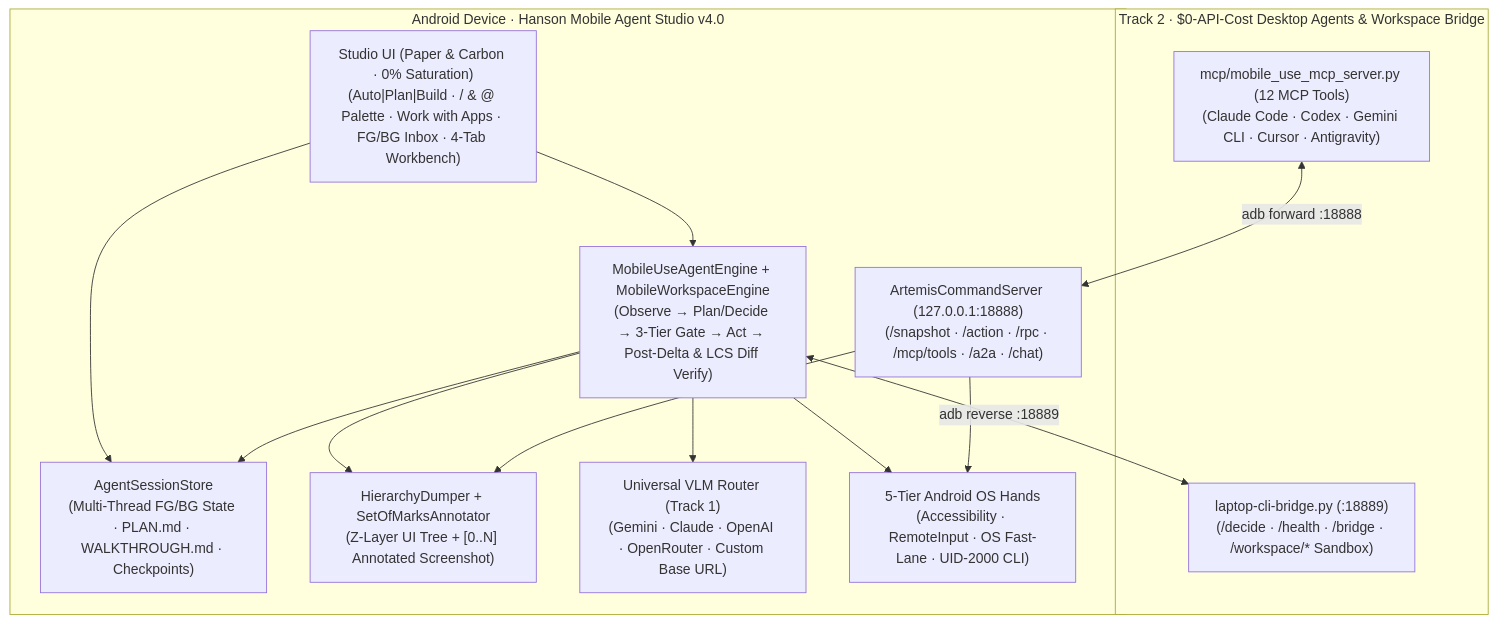
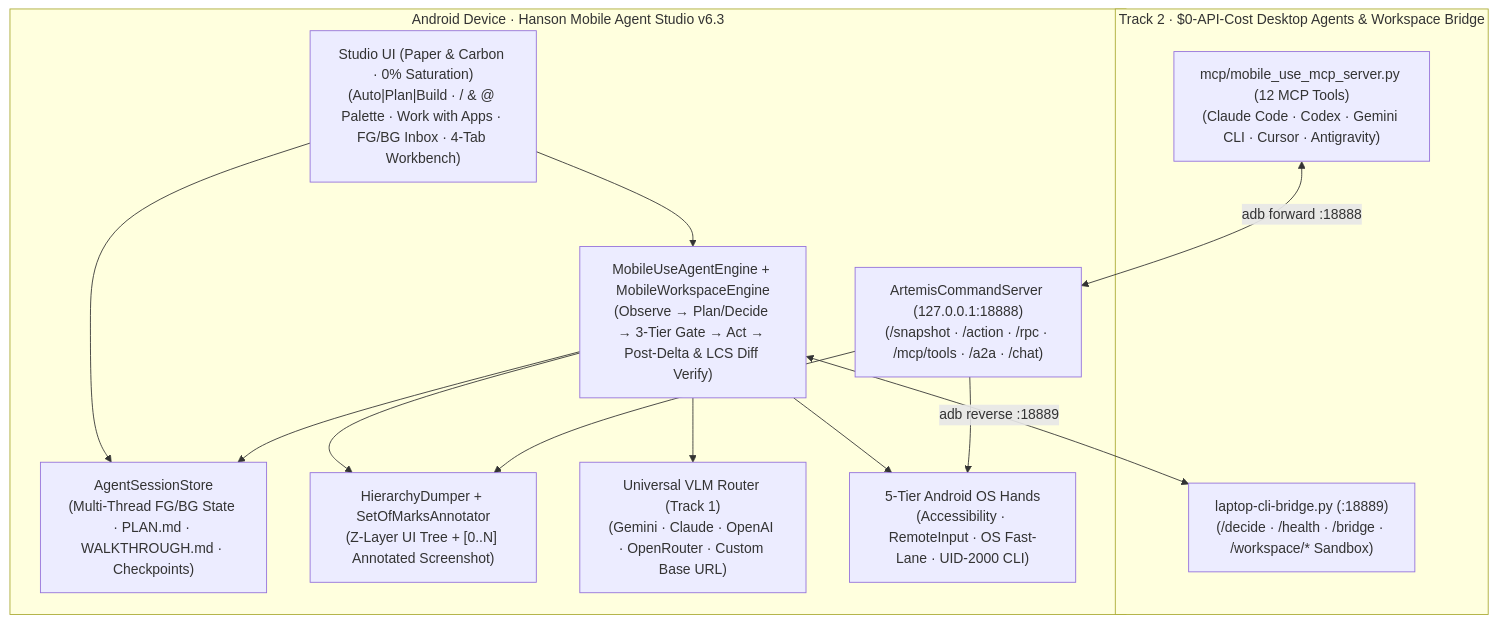
One commit to cjw0076/hanson-mobile-use changed the diagram in README.md. Above: the diagram before and after it, drawn with Mermaid. The commit also changed other lines of this file and 8 other files, not shown here.

````diff
--- a/README.md
+++ b/README.md
@@ -73,28 +77,28 @@
 ```mermaid
 flowchart TB
     subgraph TRACK2["Track 2 · $0-API-Cost Desktop Agents & Workspace Bridge"]
         MCP["mcp/mobile_use_mcp_server.py (12 MCP Tools)\n(Claude Code · Codex · Gemini CLI · Cursor · Antigravity)"]
         CLIBRIDGE["laptop-cli-bridge.py (:18889)\n(/decide · /health · /bridge · /workspace/* Sandbox)"]
     end
 
-    subgraph PHONE["Android Device · Hanson Mobile Agent Studio v4.0"]
+    subgraph PHONE["Android Device · Hanson Mobile Agent Studio v6.3"]
         STUDIO["Studio UI (Paper & Carbon · 0% Saturation)\n(Auto|Plan|Build · / & @ Palette · Work with Apps · FG/BG Inbox · 4-Tab Workbench)"]
         LOOP["MobileUseAgentEngine + MobileWorkspaceEngine\n(Observe → Plan/Decide → 3-Tier Gate → Act → Post-Delta & LCS Diff Verify)"]
         SESSIONS["AgentSessionStore\n(Multi-Thread FG/BG State · PLAN.md · WALKTHROUGH.md · Checkpoints)"]
         SOM["HierarchyDumper + SetOfMarksAnnotator\n(Z-Layer UI Tree + [0..N] Annotated Screenshot)"]
         VLM["Universal VLM Router (Track 1)\n(Gemini · Claude · OpenAI · OpenRouter · Custom Base URL)"]
         RPC["ArtemisCommandServer (127.0.0.1:18888)\n(/snapshot · /action · /rpc · /mcp/tools · /a2a · /chat)"]
         OS["5-Tier Android OS Hands\n(Accessibility · RemoteInput · OS Fast-Lane · UID-2000 CLI)"]
     end
 
     MCP <-->|"adb forward :18888"| RPC
     LOOP <-->|"adb reverse :18889"| CLIBRIDGE
     STUDIO --> LOOP
     STUDIO --> SESSIONS
     LOOP --> SESSIONS
     LOOP --> SOM
     LOOP --> VLM
     LOOP --> OS
     RPC --> SOM
     RPC --> OS
 ```
````
